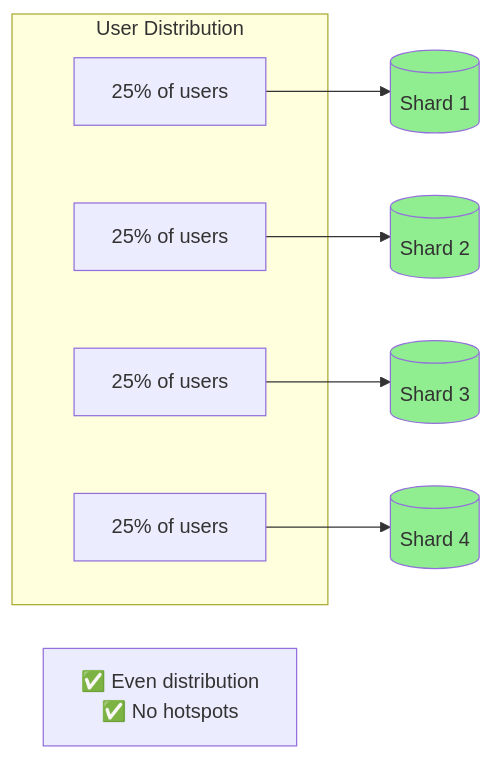
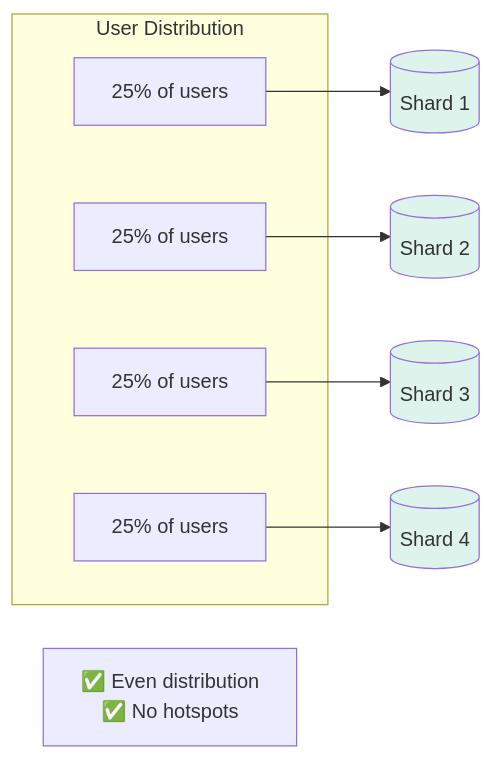
One commit to cartmancodes/InterviewVault changed diagram 18 of 46 in LLD/CoreConcepts/Sharding.md. Above: the diagram before and after it, drawn with Mermaid. The commit also changed other lines of this file and 679 other files, not shown here.

Commit message:
Unify content diagrams and add accessible visual walkthroughs

````diff
--- a/LLD/CoreConcepts/Sharding.md
+++ b/LLD/CoreConcepts/Sharding.md
@@ -480,21 +480,21 @@
 ```mermaid
 graph LR
     subgraph "User Distribution"
         U1[25% of users]
         U2[25% of users]
         U3[25% of users]
         U4[25% of users]
     end
     
     U1 --> S1[(Shard 1)]
     U2 --> S2[(Shard 2)]
     U3 --> S3[(Shard 3)]
     U4 --> S4[(Shard 4)]
     
     NOTE[✅ Even distribution<br/>✅ No hotspots]
     
-    style S1 fill:#90EE90
-    style S2 fill:#90EE90
-    style S3 fill:#90EE90
-    style S4 fill:#90EE90
+    style S1 fill:#DDF3EC
+    style S2 fill:#DDF3EC
+    style S3 fill:#DDF3EC
+    style S4 fill:#DDF3EC
 ```
````
